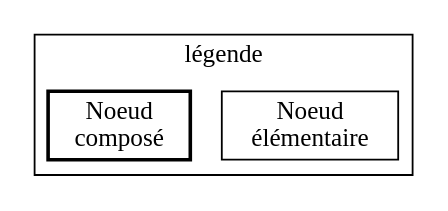
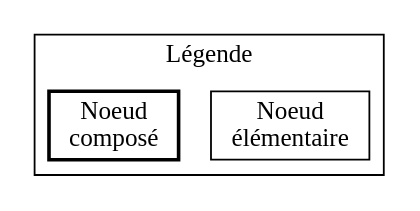
One commit to modSquad/ihm changed the diagram in DEF/src/img/Legende.dot. Above: the diagram before and after it, drawn with Graphviz. The commit also changed 35 other files, not shown here.

```diff
--- a/DEF/src/img/Legende.dot
+++ b/DEF/src/img/Legende.dot
@@ -1,27 +1,26 @@
 digraph {
 	
-	fontname = "Bitstream Vera Sans"
+	fontname = "Nimbus Sans L"
 	
 	node [
-		fontname = "Bitstream Vera Sans"
+		fontname = "Nimbus Sans L"
 		shape = "record"
 	]
 	
 	edge [
-		fontname = "Bitstream Vera Sans"
+		fontname = "Nimbus Sans L"
 	]
 
 	subgraph clusterLegende {
-	label = "légende"
+	label = "Légende"
 	
 		Elementaire[
 			label = "Noeud\nélémentaire"
 		]
 		
 		Composé [
 			label = "Noeud\ncomposé"
 			penwidth = 2.0
 		]
 	}
-	
 }
```
